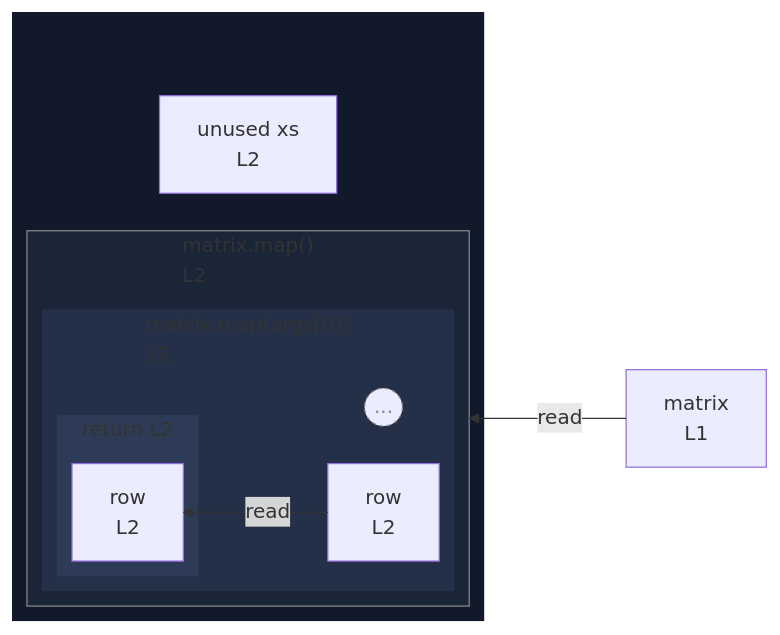
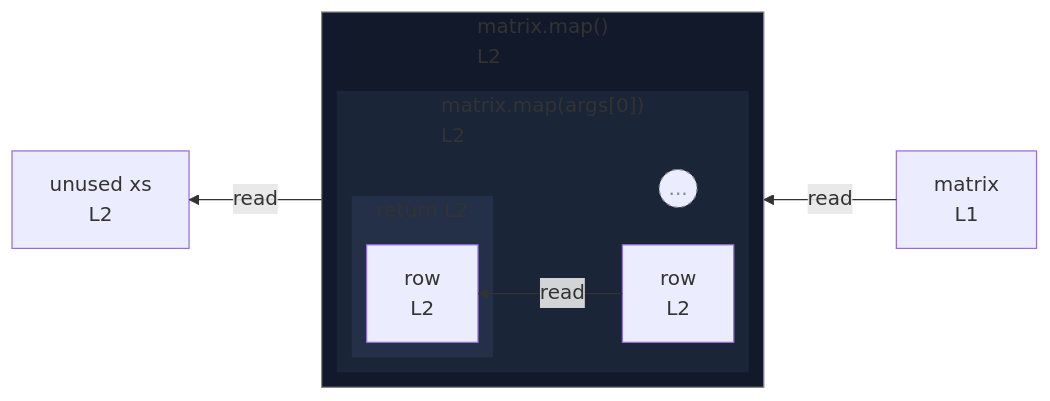
One commit to crescware/unsnarl changed the diagram in integration/fixtures/callback/nested-map/depth-1/preview.md. Above: the diagram before and after it, drawn with Mermaid. The commit also changed 105 other files, not shown here.

````diff
--- a/integration/fixtures/callback/nested-map/depth-1/preview.md
+++ b/integration/fixtures/callback/nested-map/depth-1/preview.md
@@ -18,35 +18,31 @@
 ```mermaid
 %%{init: {"flowchart": {"defaultRenderer": "elk"}}}%%
 flowchart RL
   n_scope_0_matrix_6["matrix<br/>L1"]
-  subgraph wrap_call_proxy_44[" "]
-    direction TB
-    n_scope_0_xs_39["unused xs<br/>L2"]
-    subgraph call_proxy_44["matrix.map()<br/>L2"]
+  n_scope_0_xs_39["unused xs<br/>L2"]
+  subgraph call_proxy_44["matrix.map()<br/>L2"]
+    direction RL
+    subgraph s_scope_1["matrix.map(args[0])<br/>L2"]
       direction RL
-      subgraph s_scope_1["matrix.map(args[0])<br/>L2"]
+      n_scope_1_row_56["row<br/>L2"]
+      beyond_depth_s_scope_1((...))
+      subgraph s_return_scope_1_64_85["return L2"]
         direction RL
-        n_scope_1_row_56["row<br/>L2"]
-        beyond_depth_s_scope_1((...))
-        subgraph s_return_scope_1_64_85["return L2"]
-          direction RL
-          ret_use_ref_3["row<br/>L2"]
-        end
+        ret_use_ref_3["row<br/>L2"]
       end
     end
   end
+  call_proxy_44 -->|read| n_scope_0_xs_39
   n_scope_0_matrix_6 -->|read| call_proxy_44
   n_scope_1_row_56 -->|read| ret_use_ref_3
   classDef boundaryStub stroke:#888,stroke-dasharray:3 3,color:#888;
   class beyond_depth_s_scope_1 boundaryStub;
   classDef nestL1 fill:#11192a,stroke:transparent;
-  class wrap_call_proxy_44 nestL1;
+  class call_proxy_44 nestL1;
   classDef nestL2 fill:#1a2538,stroke:transparent;
-  class call_proxy_44 nestL2;
+  class s_scope_1 nestL2;
   classDef nestL3 fill:#243047,stroke:transparent;
-  class s_scope_1 nestL3;
-  classDef nestL4 fill:#2d3b57,stroke:transparent;
-  class s_return_scope_1_64_85 nestL4;
+  class s_return_scope_1_64_85 nestL3;
   classDef edgeTargetSubgraph stroke:#888;
   class call_proxy_44 edgeTargetSubgraph;
 ```
````
